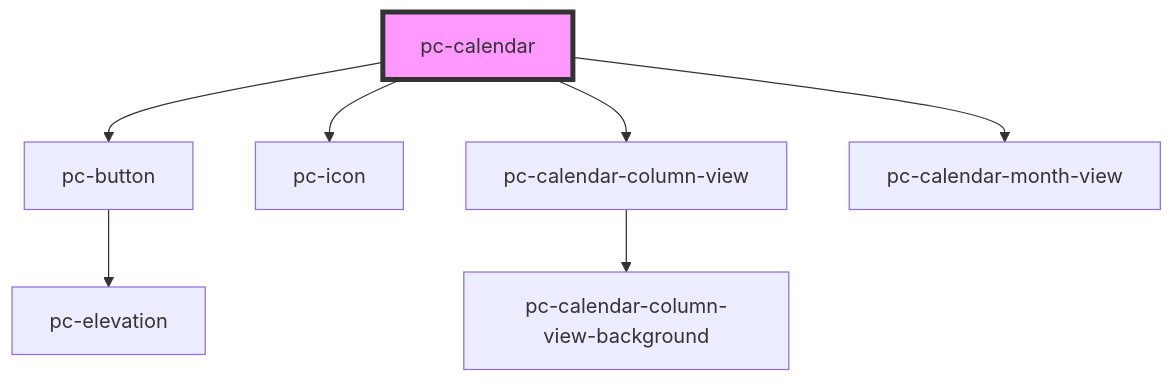
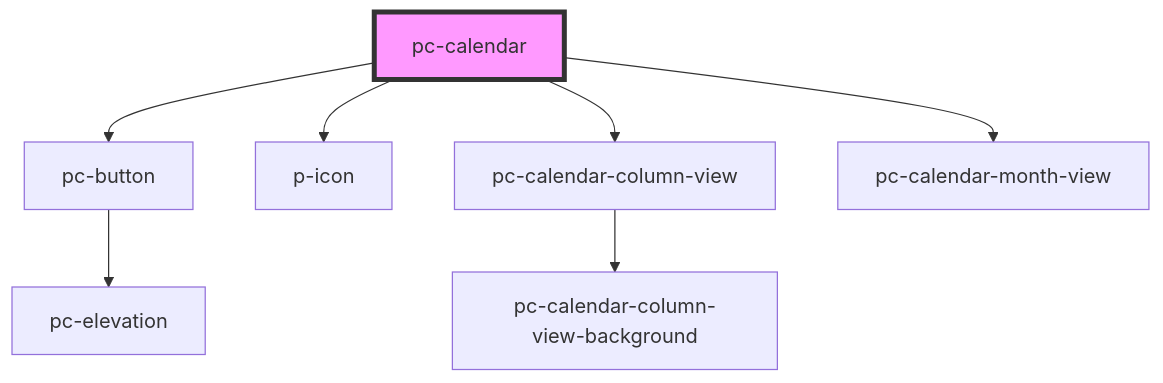
One commit to redvars/peacock changed the diagram in src/components/application/calendar/calendar/readme.md. Above: the diagram before and after it, drawn with Mermaid. The commit also changed other lines of this file and 94 other files, not shown here.

````diff
--- a/src/components/application/calendar/calendar/readme.md
+++ b/src/components/application/calendar/calendar/readme.md
@@ -38,10 +38,10 @@
 ```mermaid
 graph TD;
   pc-calendar --> pc-button
-  pc-calendar --> pc-icon
+  pc-calendar --> p-icon
   pc-calendar --> pc-calendar-column-view
   pc-calendar --> pc-calendar-month-view
   pc-button --> pc-elevation
   pc-calendar-column-view --> pc-calendar-column-view-background
   style pc-calendar fill:#f9f,stroke:#333,stroke-width:4px
 ```
````
